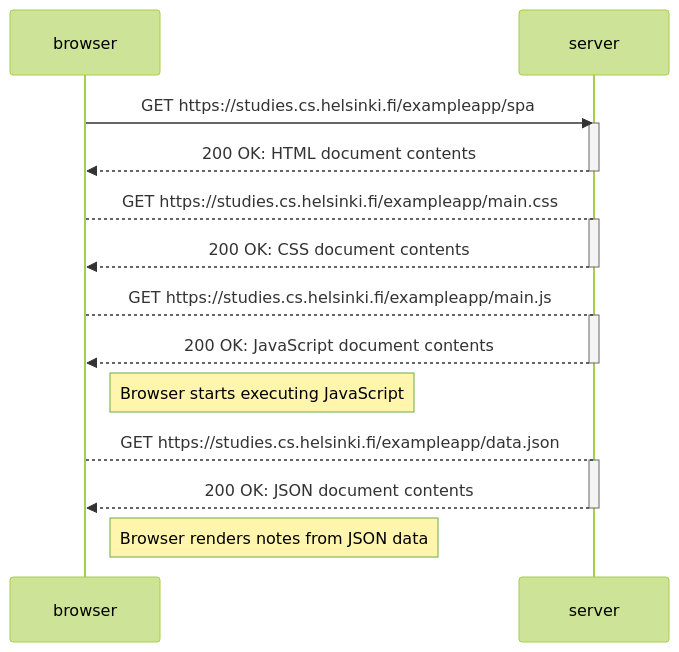
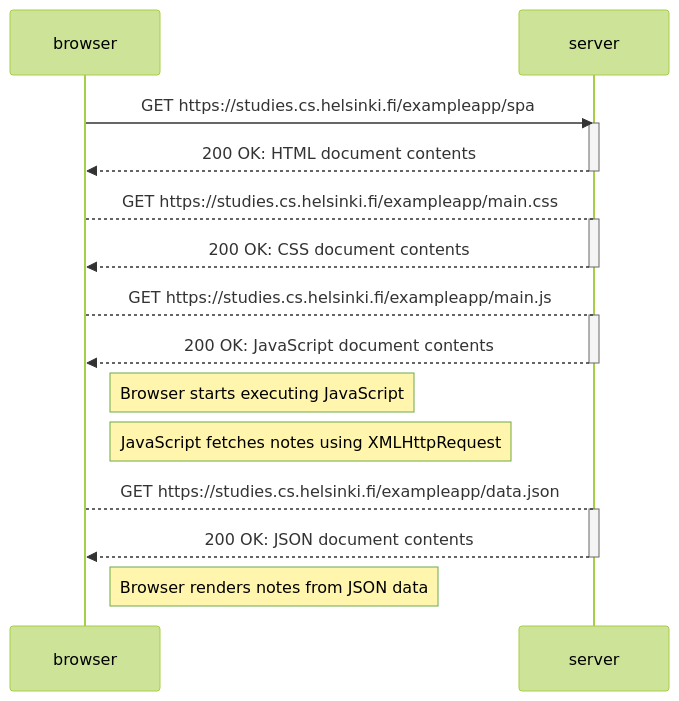
One commit to jpirhel/fullstackopen-2023-12 changed the second of 3 diagrams in part0/assignments.md. Above: the diagram before and after it, drawn with Mermaid (forest theme).

````diff
--- a/part0/assignments.md
+++ b/part0/assignments.md
@@ -54,34 +54,35 @@
 ```mermaid
 
 sequenceDiagram
     participant browser
     participant server
     
     browser ->> server: GET https://studies.cs.helsinki.fi/exampleapp/spa
     
     activate server
     server -->> browser: 200 OK: HTML document contents
     deactivate server
 
     browser --> server: GET https://studies.cs.helsinki.fi/exampleapp/main.css
 
     activate server
     server -->> browser: 200 OK: CSS document contents
     deactivate server
 
     browser --> server: GET https://studies.cs.helsinki.fi/exampleapp/main.js
 
     activate server
     server -->> browser: 200 OK: JavaScript document contents
     deactivate server
 
     Note right of browser: Browser starts executing JavaScript
+    Note right of browser: JavaScript fetches notes using XMLHttpRequest
 
     browser --> server: GET https://studies.cs.helsinki.fi/exampleapp/data.json
 
     activate server
     server -->> browser: 200 OK: JSON document contents
     deactivate server
 
     Note right of browser: Browser renders notes from JSON data
 ```
````
